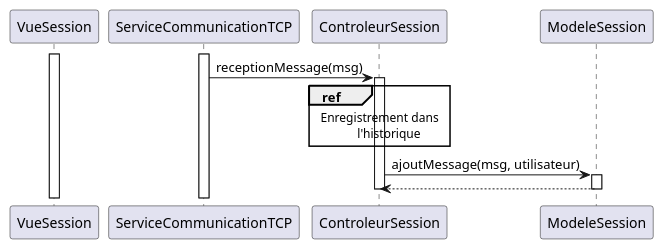
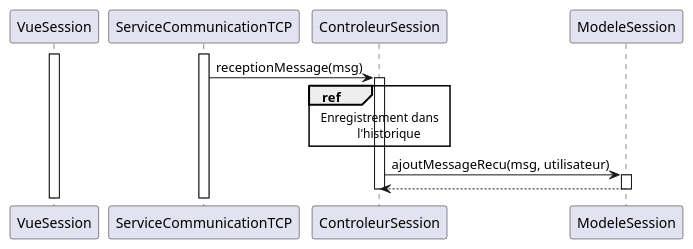
Before and after one commit to arc-hugo/clavardage_uml: the diagram in sequence/reception_message.wsd, drawn with PlantUML. The commit also changed 1 other file, not shown here.

```diff
--- a/sequence/reception_message.wsd
+++ b/sequence/reception_message.wsd
@@ -1,15 +1,15 @@
 @startuml reception_message
 activate VueSession
 activate ServiceCommunicationTCP
 ServiceCommunicationTCP -> ControleurSession : receptionMessage(msg)
 activate ControleurSession
 ref over ControleurSession
     Enregistrement dans
           l'historique
 end ref
-ControleurSession -> ModeleSession : ajoutMessage(msg, utilisateur)
+ControleurSession -> ModeleSession : ajoutMessageRecu(msg, utilisateur)
 activate ModeleSession
 ModeleSession --> ControleurSession
 deactivate ModeleSession
 deactivate ControleurSession
 @enduml
```
